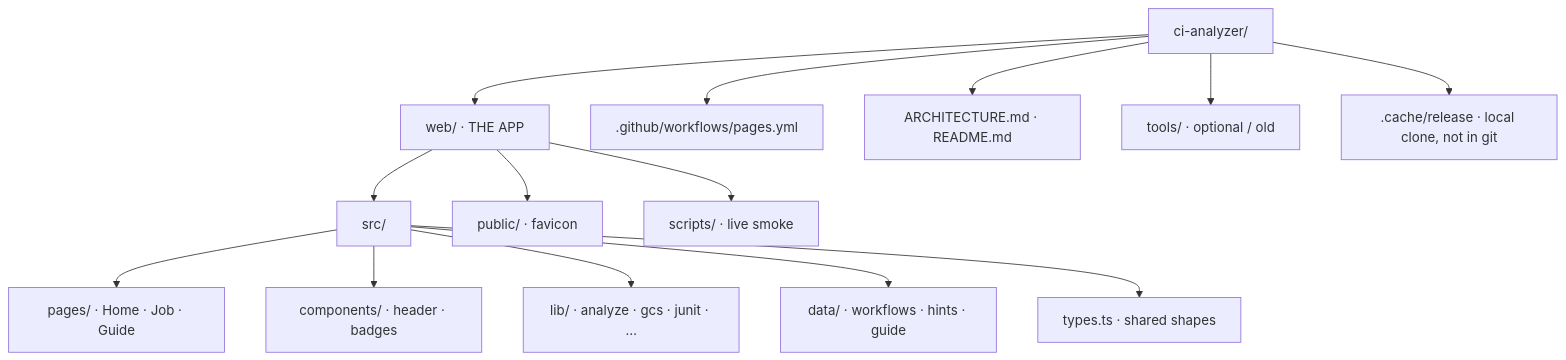
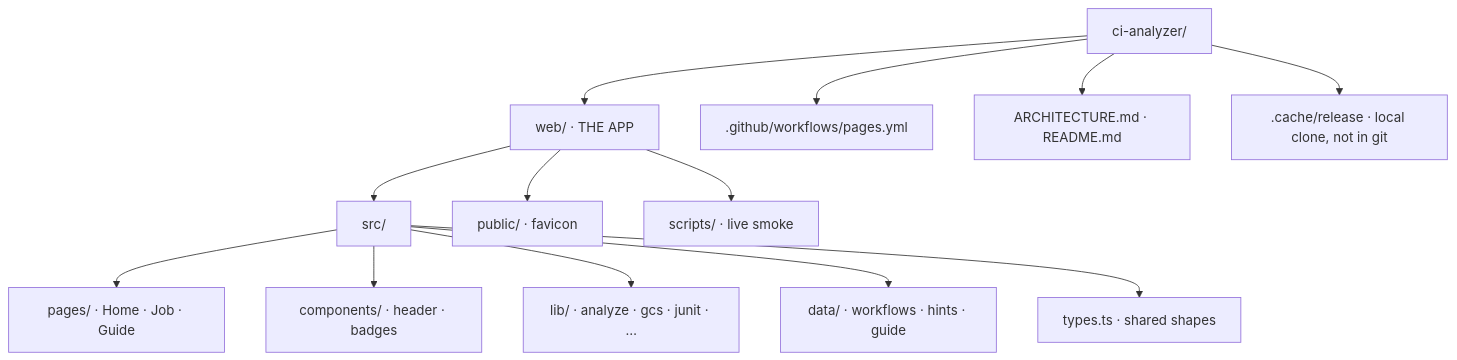
The second of 17 diagrams in ARCHITECTURE.md (ibm-adarsh/ci-analyzer), drawn with Mermaid before and after one commit. The commit also changed other lines of this file and 187 other files, not shown here.

````diff
--- a/ARCHITECTURE.md
+++ b/ARCHITECTURE.md
@@ -111,18 +110,17 @@
 ```mermaid
 flowchart TB
   ROOT[ci-analyzer/]
   ROOT --> WEB[web/ · THE APP]
   ROOT --> GHA[.github/workflows/pages.yml]
   ROOT --> DOCS[ARCHITECTURE.md · README.md]
-  ROOT --> TOOLS[tools/ · optional / old]
   ROOT --> CACHE[.cache/release · local clone, not in git]
 
   WEB --> SRC[src/]
   SRC --> PAGES[pages/ · Home · Job · Guide]
   SRC --> COMP[components/ · header · badges]
   SRC --> LIB[lib/ · analyze · gcs · junit · …]
   SRC --> DATA[data/ · workflows · hints · guide]
   SRC --> TYPES[types.ts · shared shapes]
   WEB --> PUBLIC[public/ · favicon]
   WEB --> SCRIPTS[scripts/ · live smoke]
 ```
````
